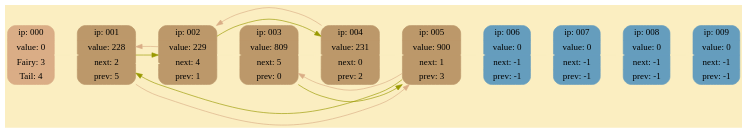
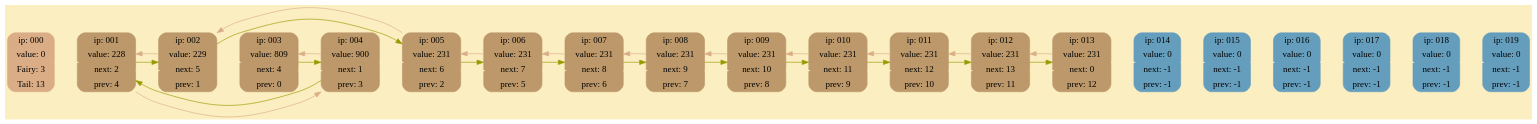
One commit to RTCupid/List changed the diagram in DumpGraph.dot. Above: the diagram before and after it, drawn with Graphviz. The commit also changed 27 other files, not shown here.

Commit message:
+ nameLastOperation to Graph Dump in html

```diff
--- a/DumpGraph.dot
+++ b/DumpGraph.dot
@@ -1,34 +1,70 @@
 digraph G {
 	rankdir = LR;
 	bgcolor="#FBEEC1"
-	node000 [shape=Mrecord; style=filled; color="#DAAD86"; label = "{ ip: 000}  | {value:   0} |{Fairy:   3} | {Tail:   4} " ];
-	node001 [shape=Mrecord; style=filled; color="#BC986A"; label = "{ ip: 001}  |{value: 228} |{next:   2} |{prev:   5} " ];
-	node002 [shape=Mrecord; style=filled; color="#BC986A"; label = "{ ip: 002}  |{value: 229} |{next:   4} |{prev:   1} " ];
-	node003 [shape=Mrecord; style=filled; color="#BC986A"; label = "{ ip: 003}  |{value: 809} |{next:   5} |{prev:   0} " ];
-	node004 [shape=Mrecord; style=filled; color="#BC986A"; label = "{ ip: 004}  |{value: 231} |{next:   0} |{prev:   2} " ];
-	node005 [shape=Mrecord; style=filled; color="#BC986A"; label = "{ ip: 005}  |{value: 900} |{next:   1} |{prev:   3} " ];
-	node006 [shape=Mrecord; style=filled; color="#659DBD"; label = "{ ip: 006}  |{value:   0} |{next:  -1} |{prev:  -1} " ];
-	node007 [shape=Mrecord; style=filled; color="#659DBD"; label = "{ ip: 007}  |{value:   0} |{next:  -1} |{prev:  -1} " ];
-	node008 [shape=Mrecord; style=filled; color="#659DBD"; label = "{ ip: 008}  |{value:   0} |{next:  -1} |{prev:  -1} " ];
-	node009 [shape=Mrecord; style=filled; color="#659DBD"; label = "{ ip: 009}  |{value:   0} |{next:  -1} |{prev:  -1} " ];
+	node000 [shape=Mrecord; style=filled; color="#DAAD86"; label = "{ ip: 000}  | {value:   0} |{Fairy:   3} | {Tail:  13} " ];
+	node001 [shape=Mrecord; style=filled; color="#BC986A"; label = "{ ip: 001}  |{value: 228} |{next:   2} |{prev:   4} " ];
+	node002 [shape=Mrecord; style=filled; color="#BC986A"; label = "{ ip: 002}  |{value: 229} |{next:   5} |{prev:   1} " ];
+	node003 [shape=Mrecord; style=filled; color="#BC986A"; label = "{ ip: 003}  |{value: 809} |{next:   4} |{prev:   0} " ];
+	node004 [shape=Mrecord; style=filled; color="#BC986A"; label = "{ ip: 004}  |{value: 900} |{next:   1} |{prev:   3} " ];
+	node005 [shape=Mrecord; style=filled; color="#BC986A"; label = "{ ip: 005}  |{value: 231} |{next:   6} |{prev:   2} " ];
+	node006 [shape=Mrecord; style=filled; color="#BC986A"; label = "{ ip: 006}  |{value: 231} |{next:   7} |{prev:   5} " ];
+	node007 [shape=Mrecord; style=filled; color="#BC986A"; label = "{ ip: 007}  |{value: 231} |{next:   8} |{prev:   6} " ];
+	node008 [shape=Mrecord; style=filled; color="#BC986A"; label = "{ ip: 008}  |{value: 231} |{next:   9} |{prev:   7} " ];
+	node009 [shape=Mrecord; style=filled; color="#BC986A"; label = "{ ip: 009}  |{value: 231} |{next:  10} |{prev:   8} " ];
+	node010 [shape=Mrecord; style=filled; color="#BC986A"; label = "{ ip: 010}  |{value: 231} |{next:  11} |{prev:   9} " ];
+	node011 [shape=Mrecord; style=filled; color="#BC986A"; label = "{ ip: 011}  |{value: 231} |{next:  12} |{prev:  10} " ];
+	node012 [shape=Mrecord; style=filled; color="#BC986A"; label = "{ ip: 012}  |{value: 231} |{next:  13} |{prev:  11} " ];
+	node013 [shape=Mrecord; style=filled; color="#BC986A"; label = "{ ip: 013}  |{value: 231} |{next:   0} |{prev:  12} " ];
+	node014 [shape=Mrecord; style=filled; color="#659DBD"; label = "{ ip: 014}  |{value:   0} |{next:  -1} |{prev:  -1} " ];
+	node015 [shape=Mrecord; style=filled; color="#659DBD"; label = "{ ip: 015}  |{value:   0} |{next:  -1} |{prev:  -1} " ];
+	node016 [shape=Mrecord; style=filled; color="#659DBD"; label = "{ ip: 016}  |{value:   0} |{next:  -1} |{prev:  -1} " ];
+	node017 [shape=Mrecord; style=filled; color="#659DBD"; label = "{ ip: 017}  |{value:   0} |{next:  -1} |{prev:  -1} " ];
+	node018 [shape=Mrecord; style=filled; color="#659DBD"; label = "{ ip: 018}  |{value:   0} |{next:  -1} |{prev:  -1} " ];
+	node019 [shape=Mrecord; style=filled; color="#659DBD"; label = "{ ip: 019}  |{value:   0} |{next:  -1} |{prev:  -1} " ];
 
 	node000 -> node001 [style=bold; weight=1000; color="#FBEEC1"; ];
 	node001 -> node002 [style=bold; weight=1000; color="#FBEEC1"; ];
 	node002 -> node003 [style=bold; weight=1000; color="#FBEEC1"; ];
 	node003 -> node004 [style=bold; weight=1000; color="#FBEEC1"; ];
 	node004 -> node005 [style=bold; weight=1000; color="#FBEEC1"; ];
 	node005 -> node006 [style=bold; weight=1000; color="#FBEEC1"; ];
 	node006 -> node007 [style=bold; weight=1000; color="#FBEEC1"; ];
 	node007 -> node008 [style=bold; weight=1000; color="#FBEEC1"; ];
 	node008 -> node009 [style=bold; weight=1000; color="#FBEEC1"; ];
+	node009 -> node010 [style=bold; weight=1000; color="#FBEEC1"; ];
+	node010 -> node011 [style=bold; weight=1000; color="#FBEEC1"; ];
+	node011 -> node012 [style=bold; weight=1000; color="#FBEEC1"; ];
+	node012 -> node013 [style=bold; weight=1000; color="#FBEEC1"; ];
+	node013 -> node014 [style=bold; weight=1000; color="#FBEEC1"; ];
+	node014 -> node015 [style=bold; weight=1000; color="#FBEEC1"; ];
+	node015 -> node016 [style=bold; weight=1000; color="#FBEEC1"; ];
+	node016 -> node017 [style=bold; weight=1000; color="#FBEEC1"; ];
+	node017 -> node018 [style=bold; weight=1000; color="#FBEEC1"; ];
+	node018 -> node019 [style=bold; weight=1000; color="#FBEEC1"; ];
 
 	node001 -> node002 [weight=0; color="#999900"; ];
-	node002 -> node004 [weight=0; color="#999900"; ];
-	node003 -> node005 [weight=0; color="#999900"; ];
-	node005 -> node001 [weight=0; color="#999900"; ];
+	node002 -> node005 [weight=0; color="#999900"; ];
+	node003 -> node004 [weight=0; color="#999900"; ];
+	node004 -> node001 [weight=0; color="#999900"; ];
+	node005 -> node006 [weight=0; color="#999900"; ];
+	node006 -> node007 [weight=0; color="#999900"; ];
+	node007 -> node008 [weight=0; color="#999900"; ];
+	node008 -> node009 [weight=0; color="#999900"; ];
+	node009 -> node010 [weight=0; color="#999900"; ];
+	node010 -> node011 [weight=0; color="#999900"; ];
+	node011 -> node012 [weight=0; color="#999900"; ];
+	node012 -> node013 [weight=0; color="#999900"; ];
 
-	node005 -> node003 [weight=0; color="#DAAD86"; constraint=false; ];
-	node004 -> node002 [weight=0; color="#DAAD86"; constraint=false; ];
+	node013 -> node012 [weight=0; color="#DAAD86"; constraint=false; ];
+	node012 -> node011 [weight=0; color="#DAAD86"; constraint=false; ];
+	node011 -> node010 [weight=0; color="#DAAD86"; constraint=false; ];
+	node010 -> node009 [weight=0; color="#DAAD86"; constraint=false; ];
+	node009 -> node008 [weight=0; color="#DAAD86"; constraint=false; ];
+	node008 -> node007 [weight=0; color="#DAAD86"; constraint=false; ];
+	node007 -> node006 [weight=0; color="#DAAD86"; constraint=false; ];
+	node006 -> node005 [weight=0; color="#DAAD86"; constraint=false; ];
+	node005 -> node002 [weight=0; color="#DAAD86"; constraint=false; ];
+	node004 -> node003 [weight=0; color="#DAAD86"; constraint=false; ];
 	node002 -> node001 [weight=0; color="#DAAD86"; constraint=false; ];
-	node001 -> node005 [weight=0; color="#DAAD86"; constraint=false; ];
+	node001 -> node004 [weight=0; color="#DAAD86"; constraint=false; ];
 }
```
